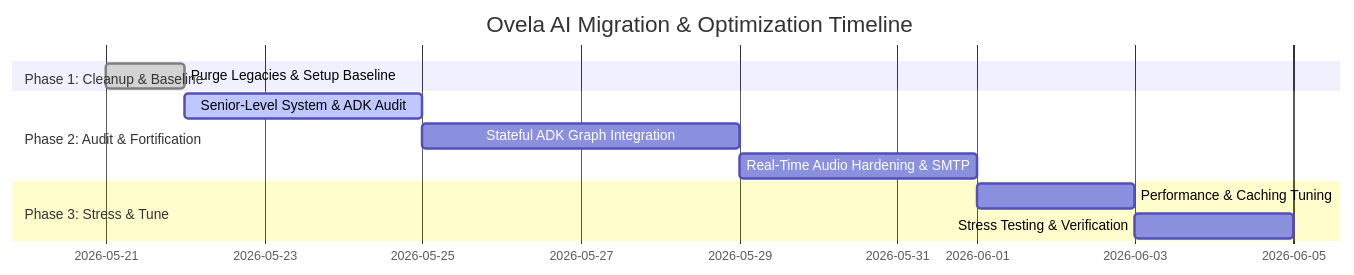
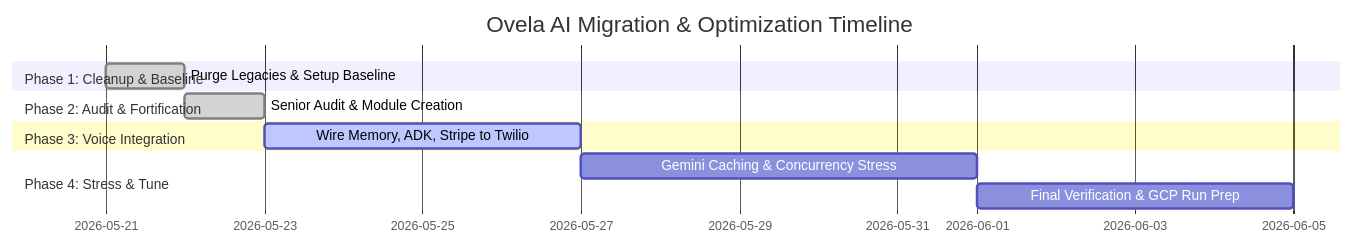
The diagram in memory_bank/IMPLEMENTATION_ARTIFACT.md (My-CMDhub/Ovela-AI), drawn with Mermaid before and after one commit. The commit also changed other lines of this file and 6 other files, not shown here.

Commit message:
docs/code: sync state tracker files for Phase 3 integration and minor graph comment adjustments

````diff
--- a/memory_bank/IMPLEMENTATION_ARTIFACT.md
+++ b/memory_bank/IMPLEMENTATION_ARTIFACT.md
@@ -11,14 +11,14 @@
 ```mermaid
 gantt
     title Ovela AI Migration & Optimization Timeline
     dateFormat  YYYY-MM-DD
     section Phase 1: Cleanup & Baseline
     Purge Legacies & Setup Baseline     :done, p1, 2026-05-21, 2026-05-22
     section Phase 2: Audit & Fortification
-    Senior-Level System & ADK Audit    :active, p2, 2026-05-22, 2026-05-25
-    Stateful ADK Graph Integration    : p3, 2026-05-25, 2026-05-29
-    Real-Time Audio Hardening & SMTP   : p4, 2026-05-29, 2026-06-01
-    section Phase 3: Stress & Tune
-    Performance & Caching Tuning       : p5, 2026-06-01, 2026-06-03
-    Stress Testing & Verification      : p6, 2026-06-03, 2026-06-05
+    Senior Audit & Module Creation     :done, p2, 2026-05-22, 2026-05-23
+    section Phase 3: Voice Integration
+    Wire Memory, ADK, Stripe to Twilio  :active, p3, 2026-05-23, 2026-05-27
+    section Phase 4: Stress & Tune
+    Gemini Caching & Concurrency Stress: p4, 2026-05-27, 2026-06-01
+    Final Verification & GCP Run Prep   : p5, 2026-06-01, 2026-06-05
 ```
````
